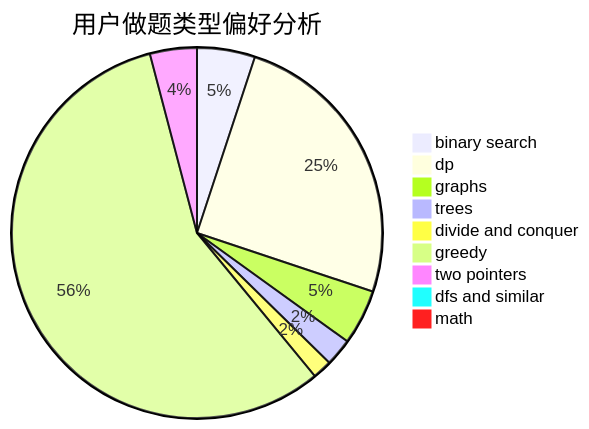
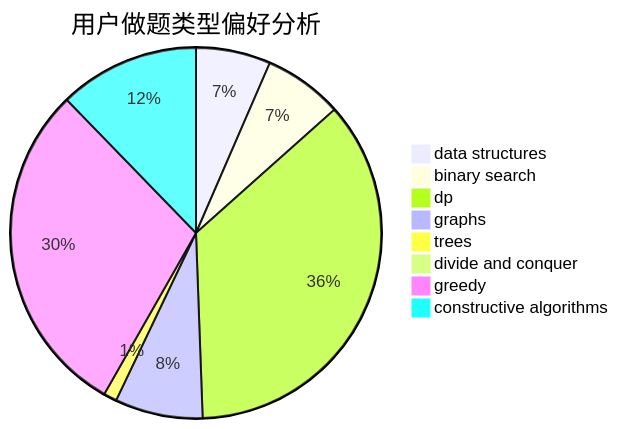
Before and after one commit to sherpahu/cfrs.github.io: the second of 3 diagrams in docs/user/u935.md, drawn with Mermaid. The commit also changed other lines of this file and 2775 other files, not shown here.

````diff
--- a/docs/user/u935.md
+++ b/docs/user/u935.md
@@ -23,12 +23,11 @@
 ```mermaid
 pie title 用户做题类型偏好分析
-    "binary search" :  21
-    "dp" :  104
+    "data structures" :  17
+    "binary search" :  18
+    "dp" :  94
     "graphs" :  20
-    "trees" :  10
-    "divide and conquer" :  7
-    "greedy" :  236
-    "two pointers" :  17
-    "dfs and similar" :  3
-    "math" :  3
+    "trees" :  3
+    "divide and conquer" :  0
+    "greedy" :  77
+    "constructive algorithms" :  32
 ```
````
